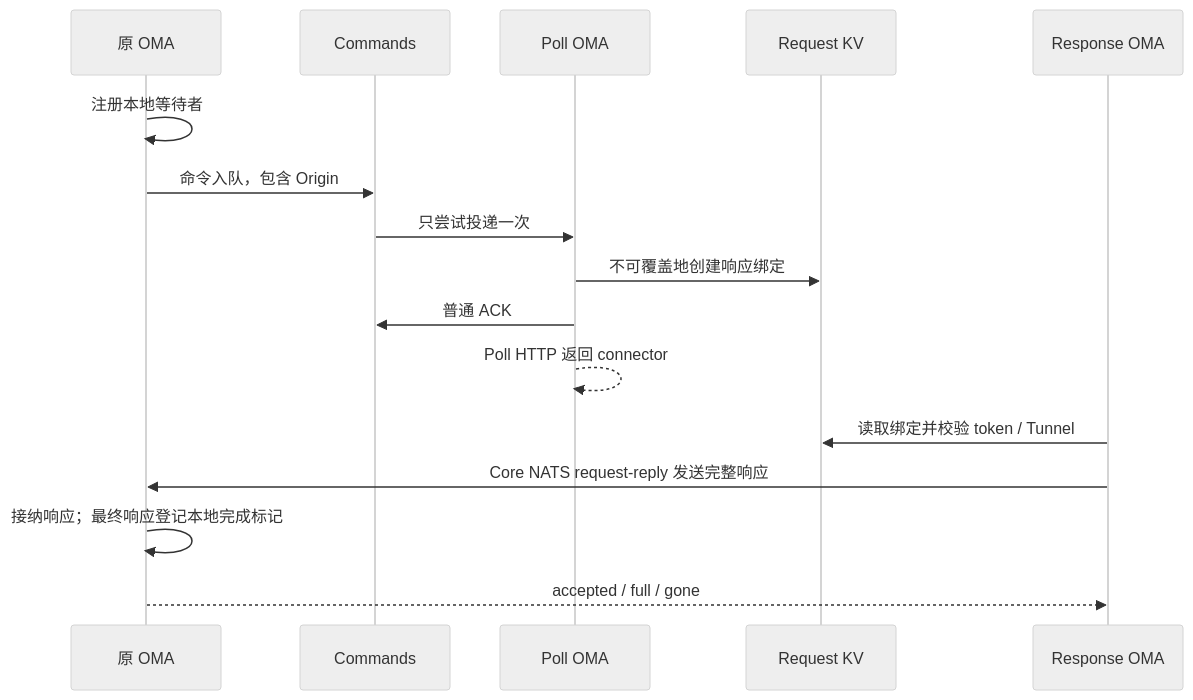
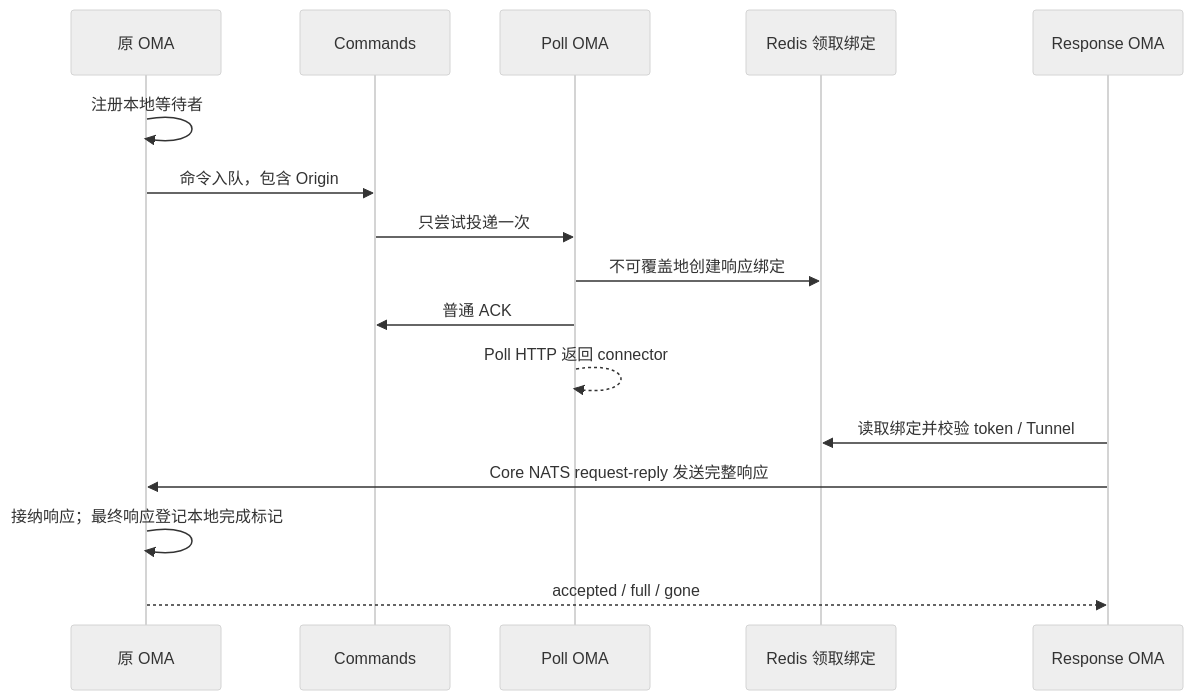
The third of 5 diagrams in docs/design/be/mcp-tunnels.md (superduck-ai/open-managed-agents), drawn with Mermaid (neutral theme) before and after one commit. The commit also changed other lines of this file and 33 other files, not shown here.

Commit message:
[modify] move tunnel request bindings to Redis and remove request count limits

````diff
--- a/docs/design/be/mcp-tunnels.md
+++ b/docs/design/be/mcp-tunnels.md
@@ -207,18 +207,18 @@
 ```mermaid
 sequenceDiagram
     participant A as 原 OMA
     participant Q as Commands
     participant B as Poll OMA
-    participant K as Request KV
+    participant K as Redis 领取绑定
     participant C as Response OMA
     A->>A: 注册本地等待者
     A->>Q: 命令入队，包含 Origin
     Q->>B: 只尝试投递一次
     B->>K: 不可覆盖地创建响应绑定
     B->>Q: 普通 ACK
     B-->>B: Poll HTTP 返回 connector
     C->>K: 读取绑定并校验 token / Tunnel
     C->>A: Core NATS request-reply 发送完整响应
     A->>A: 接纳响应；最终响应登记本地完成标记
     A-->>C: accepted / full / gone
 ```
````
